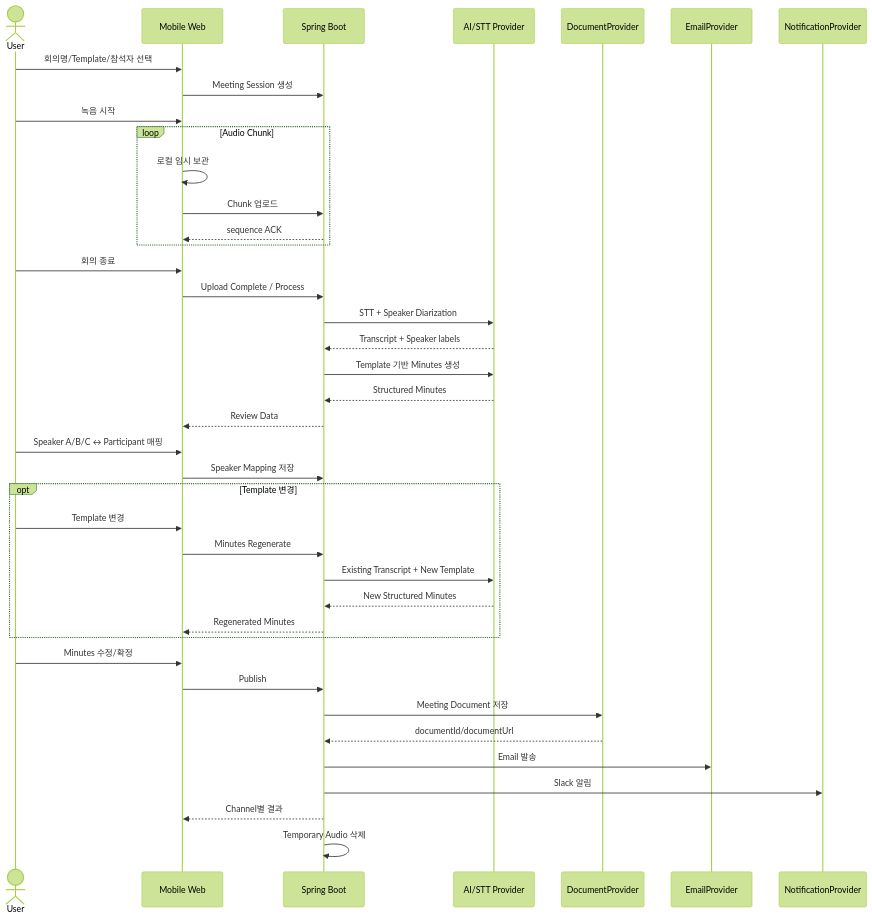
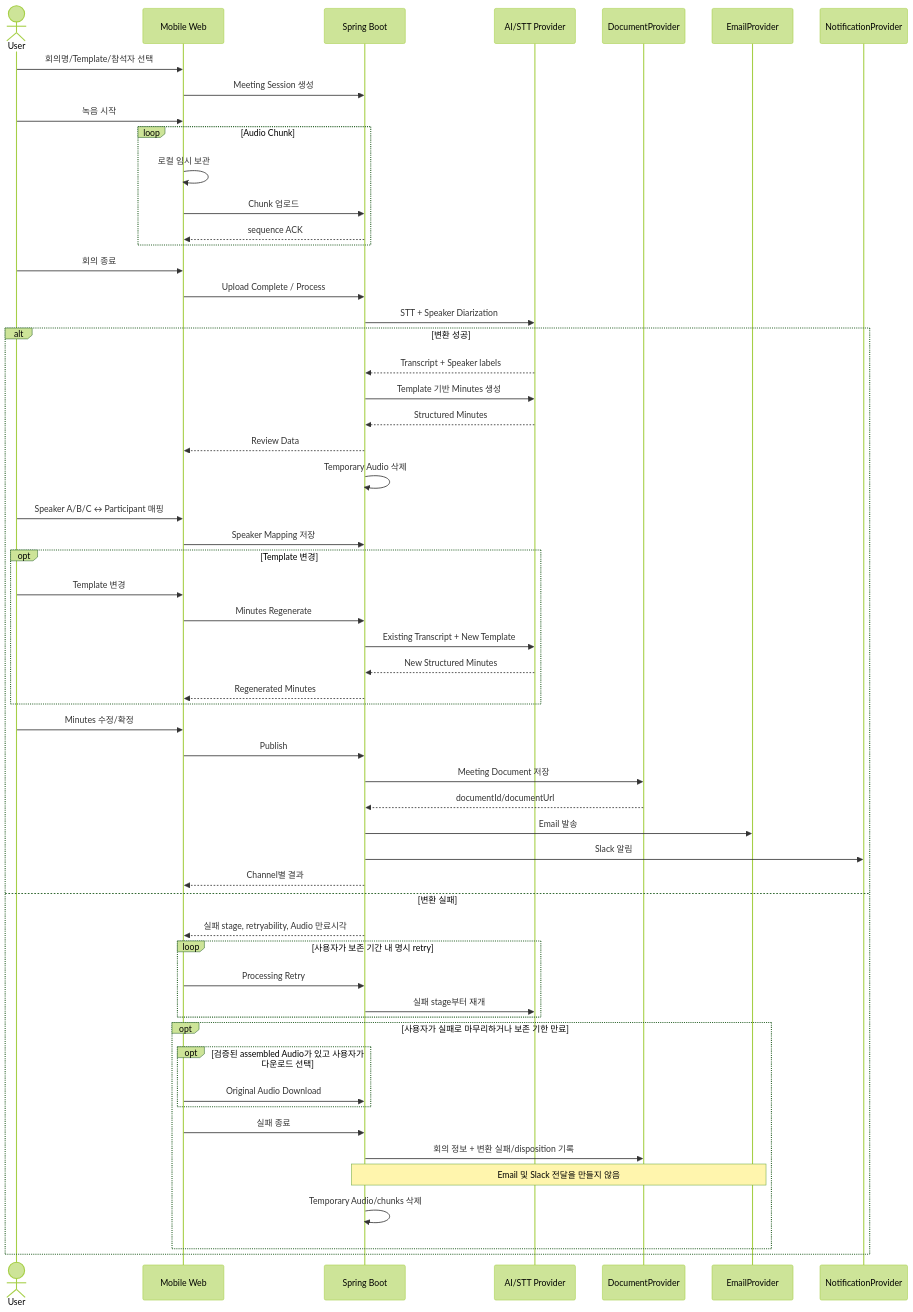
The third of 7 diagrams in docs/product/PRD.md (donghyunlee-dev/meeting-automation), drawn with Mermaid (forest theme) before and after one commit. The commit also changed other lines of this file and 12 other files, not shown here.

````diff
--- a/docs/product/PRD.md
+++ b/docs/product/PRD.md
@@ -367,48 +370,65 @@
 ``` mermaid
 sequenceDiagram
     actor U as User
     participant W as Mobile Web
     participant B as Spring Boot
     participant A as AI/STT Provider
     participant D as DocumentProvider
     participant E as EmailProvider
     participant N as NotificationProvider
 
     U->>W: 회의명/Template/참석자 선택
     W->>B: Meeting Session 생성
     U->>W: 녹음 시작
 
     loop Audio Chunk
         W->>W: 로컬 임시 보관
         W->>B: Chunk 업로드
         B-->>W: sequence ACK
     end
 
     U->>W: 회의 종료
     W->>B: Upload Complete / Process
     B->>A: STT + Speaker Diarization
-    A-->>B: Transcript + Speaker labels
-    B->>A: Template 기반 Minutes 생성
-    A-->>B: Structured Minutes
-    B-->>W: Review Data
+    alt 변환 성공
+        A-->>B: Transcript + Speaker labels
+        B->>A: Template 기반 Minutes 생성
+        A-->>B: Structured Minutes
+        B-->>W: Review Data
+        B->>B: Temporary Audio 삭제
 
-    U->>W: Speaker A/B/C ↔ Participant 매핑
-    W->>B: Speaker Mapping 저장
+        U->>W: Speaker A/B/C ↔ Participant 매핑
+        W->>B: Speaker Mapping 저장
 
-    opt Template 변경
-        U->>W: Template 변경
-        W->>B: Minutes Regenerate
-        B->>A: Existing Transcript + New Template
-        A-->>B: New Structured Minutes
-        B-->>W: Regenerated Minutes
+        opt Template 변경
+            U->>W: Template 변경
+            W->>B: Minutes Regenerate
+            B->>A: Existing Transcript + New Template
+            A-->>B: New Structured Minutes
+            B-->>W: Regenerated Minutes
+        end
+
+        U->>W: Minutes 수정/확정
+        W->>B: Publish
+        B->>D: Meeting Document 저장
+        D-->>B: documentId/documentUrl
+        B->>E: Email 발송
+        B->>N: Slack 알림
+        B-->>W: Channel별 결과
+    else 변환 실패
+        B-->>W: 실패 stage, retryability, Audio 만료시각
+        loop 사용자가 보존 기간 내 명시 retry
+            W->>B: Processing Retry
+            B->>A: 실패 stage부터 재개
+        end
+        opt 사용자가 실패로 마무리하거나 보존 기한 만료
+            opt 검증된 assembled Audio가 있고 사용자가 다운로드 선택
+                W->>B: Original Audio Download
+            end
+            W->>B: 실패 종료
+            B->>D: 회의 정보 + 변환 실패/disposition 기록
+            Note over B,E: Email 및 Slack 전달을 만들지 않음
+            B->>B: Temporary Audio/chunks 삭제
+        end
     end
-
-    U->>W: Minutes 수정/확정
-    W->>B: Publish
-    B->>D: Meeting Document 저장
-    D-->>B: documentId/documentUrl
-    B->>E: Email 발송
-    B->>N: Slack 알림
-    B-->>W: Channel별 결과
-    B->>B: Temporary Audio 삭제
 ```
````
